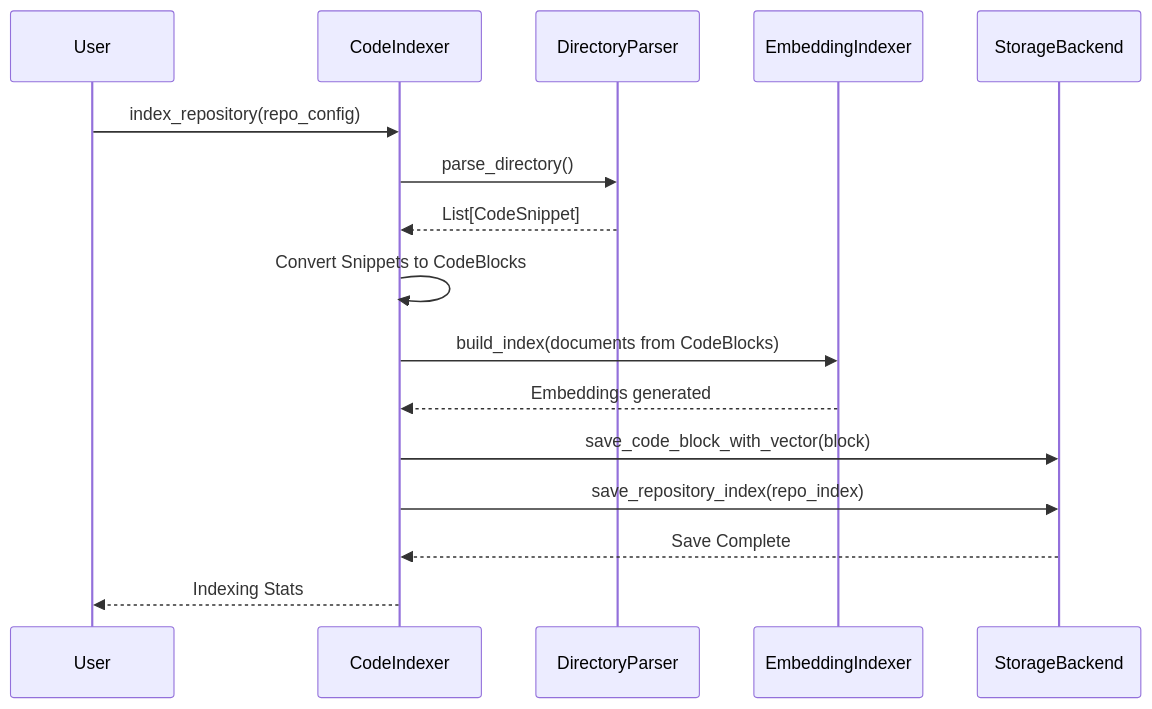
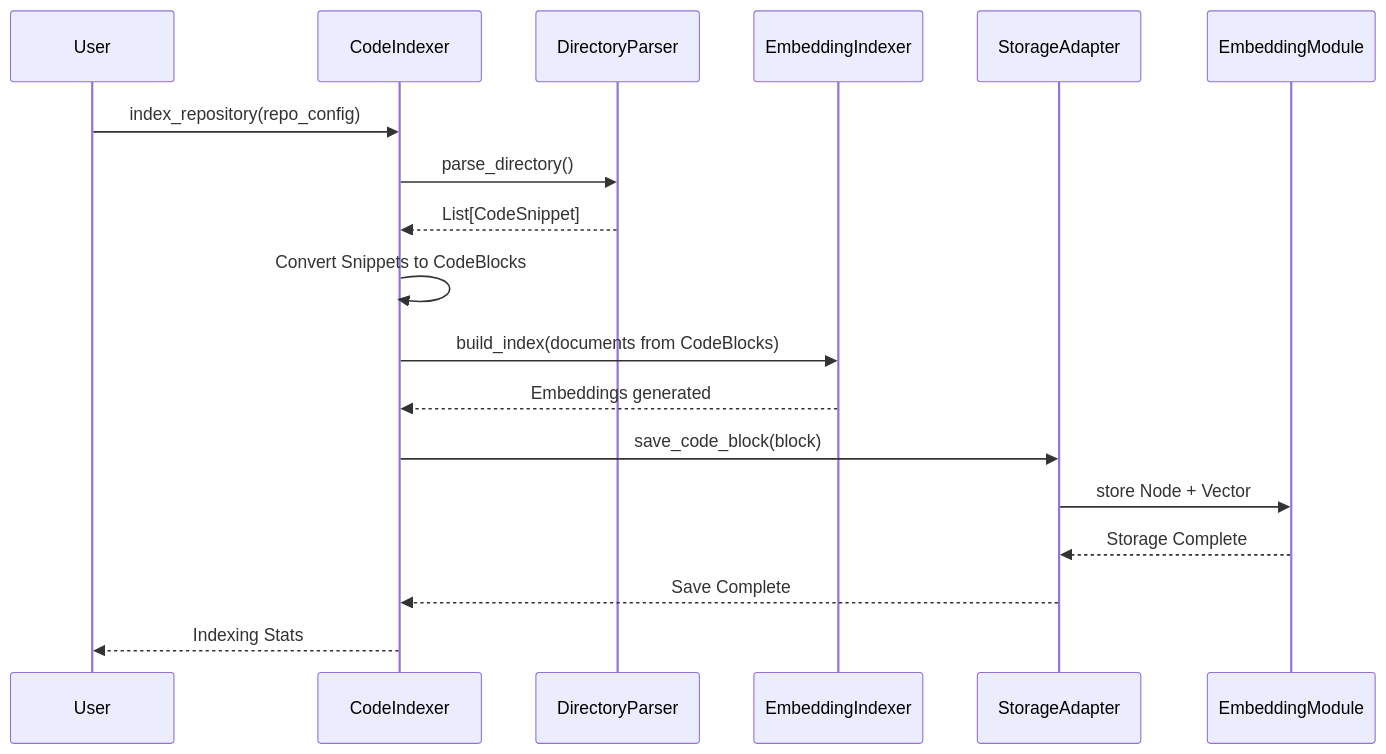
One commit to XingYu-Zhong/CodeRepoIndex changed the first of 2 diagrams in docs/core_module.md. Above: the diagram before and after it, drawn with Mermaid. The commit also changed other lines of this file and 25 other files, not shown here.

````diff
--- a/docs/core_module.md
+++ b/docs/core_module.md
@@ -58,19 +78,21 @@
 ```mermaid
 sequenceDiagram
     participant User
     participant CodeIndexer
     participant DirectoryParser
     participant EmbeddingIndexer
-    participant StorageBackend
+    participant StorageAdapter
+    participant EmbeddingModule
 
     User->>CodeIndexer: index_repository(repo_config)
     CodeIndexer->>DirectoryParser: parse_directory()
     DirectoryParser-->>CodeIndexer: List[CodeSnippet]
     CodeIndexer->>CodeIndexer: Convert Snippets to CodeBlocks
     CodeIndexer->>EmbeddingIndexer: build_index(documents from CodeBlocks)
     EmbeddingIndexer-->>CodeIndexer: Embeddings generated
-    CodeIndexer->>StorageBackend: save_code_block_with_vector(block)
-    CodeIndexer->>StorageBackend: save_repository_index(repo_index)
-    StorageBackend-->>CodeIndexer: Save Complete
+    CodeIndexer->>StorageAdapter: save_code_block(block)
+    StorageAdapter->>EmbeddingModule: store Node + Vector
+    EmbeddingModule-->>StorageAdapter: Storage Complete
+    StorageAdapter-->>CodeIndexer: Save Complete
     CodeIndexer-->>User: Indexing Stats
 ```
````
